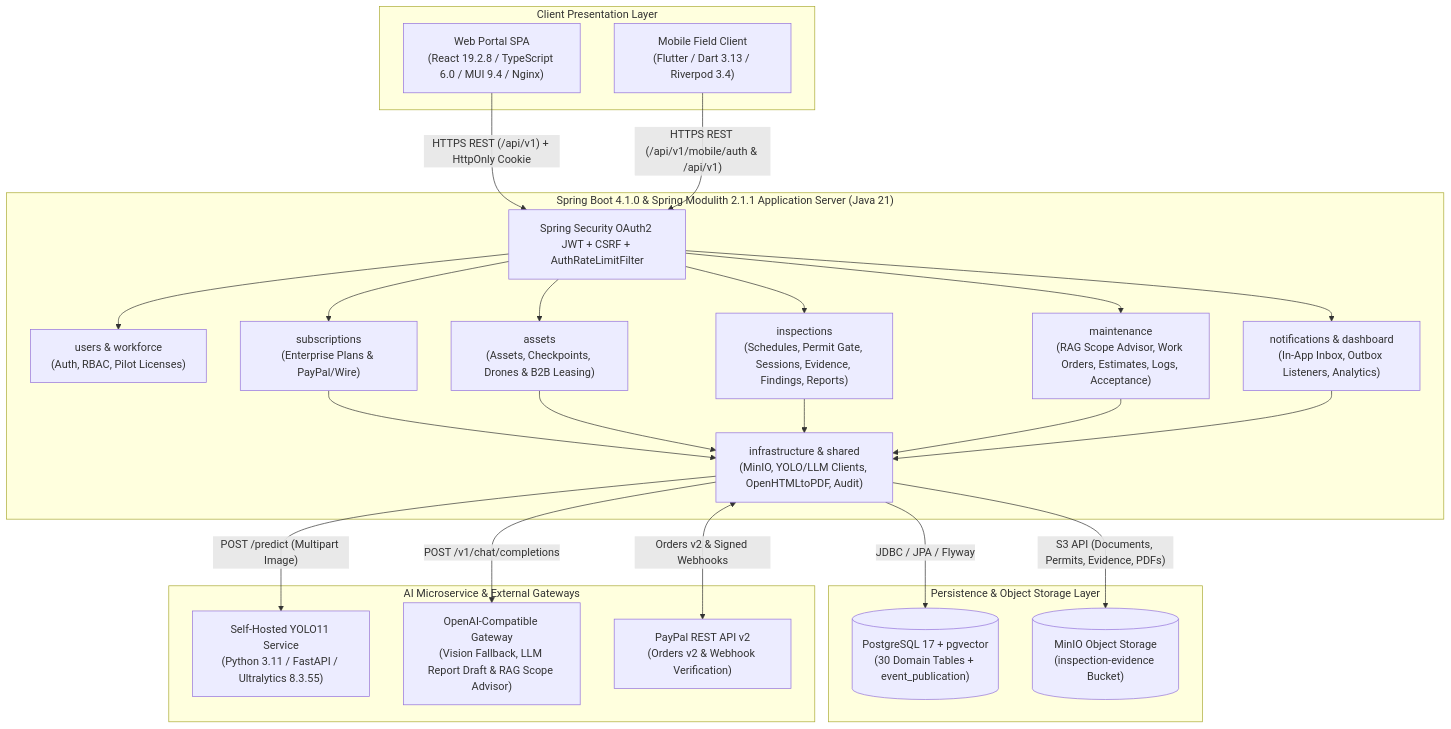
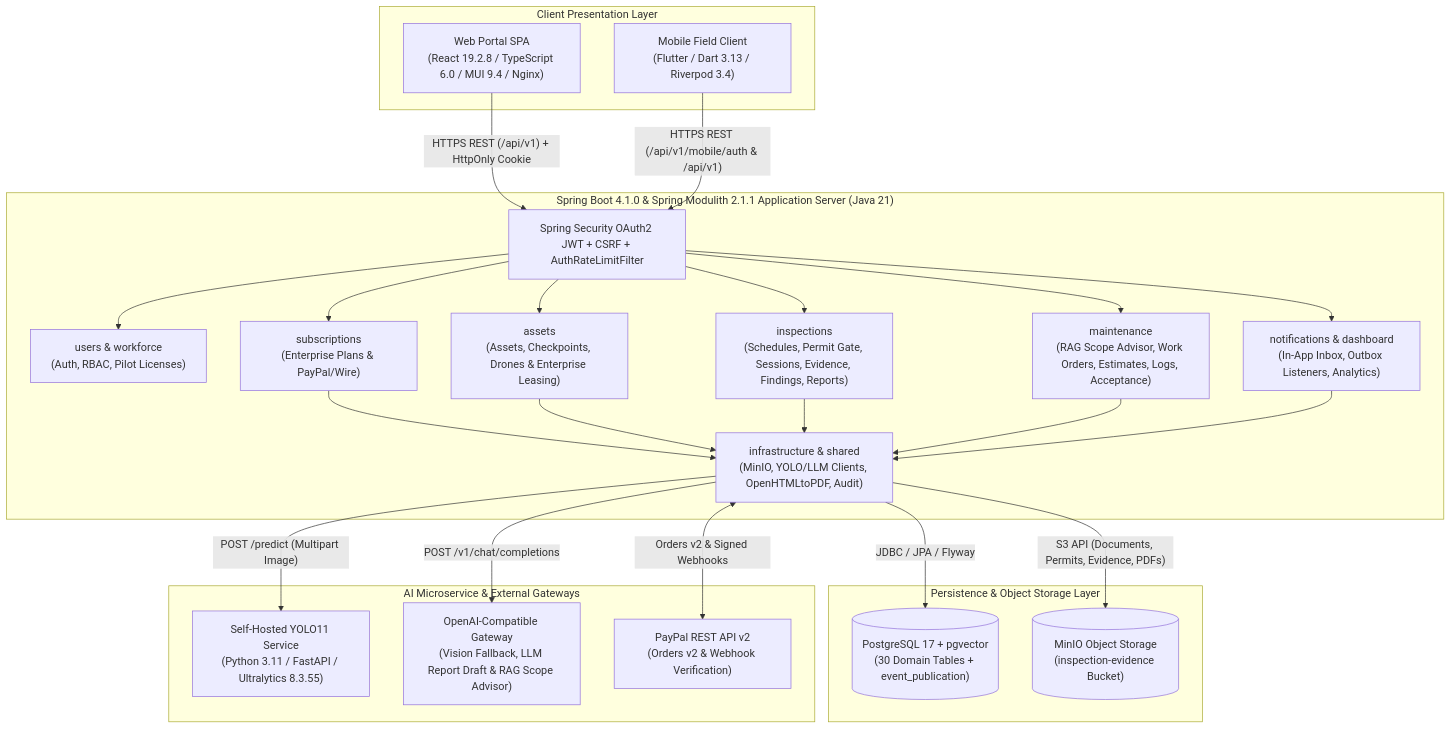
Before and after one commit to tungbach12/SmartDroneInspection-Docs: the first of 2 diagrams in reports/report-4-software-design-document/01-system-design.md, drawn with Mermaid. The commit also changed other lines of this file and 41 other files, not shown here.

````diff
--- a/reports/report-4-software-design-document/01-system-design.md
+++ b/reports/report-4-software-design-document/01-system-design.md
@@ -16,52 +16,52 @@
 ```mermaid
 %% title: System Architecture Diagram
 flowchart TD
   subgraph Clients["Client Presentation Layer"]
     CLIENT_WEB["Web Portal SPA\n(React 19.2.8 / TypeScript 6.0 / MUI 9.4 / Nginx)"]
     CLIENT_MOB["Mobile Field Client\n(Flutter / Dart 3.13 / Riverpod 3.4)"]
   end
 
   subgraph Backend["Spring Boot 4.1.0 & Spring Modulith 2.1.1 Application Server (Java 21)"]
     SEC_FILTER["Spring Security OAuth2 JWT + CSRF + AuthRateLimitFilter"]
     MOD_USERS["users & workforce\n(Auth, RBAC, Pilot Licenses)"]
     MOD_SUBS["subscriptions\n(Enterprise Plans & PayPal/Wire)"]
-    MOD_ASSETS["assets\n(Assets, Checkpoints, Drones & B2B Leasing)"]
+    MOD_ASSETS["assets\n(Assets, Checkpoints, Drones & Enterprise Leasing)"]
     MOD_INSP["inspections\n(Schedules, Permit Gate, Sessions, Evidence, Findings, Reports)"]
     MOD_MAINT["maintenance\n(RAG Scope Advisor, Work Orders, Estimates, Logs, Acceptance)"]
     MOD_NOTIF["notifications & dashboard\n(In-App Inbox, Outbox Listeners, Analytics)"]
     MOD_INFRA["infrastructure & shared\n(MinIO, YOLO/LLM Clients, OpenHTMLtoPDF, Audit)"]
   end
 
   subgraph DataAndStorage["Persistence & Object Storage Layer"]
     DB_PG[("PostgreSQL 17 + pgvector\n(30 Domain Tables + event_publication)")]
     STORE_MINIO[("MinIO Object Storage\n(inspection-evidence Bucket)")]
   end
 
   subgraph ExternalAndAI["AI Microservice & External Gateways"]
     AI_SERVICE["Self-Hosted YOLO11 Service\n(Python 3.11 / FastAPI / Ultralytics 8.3.55)"]
     LLM_GATEWAY["OpenAI-Compatible Gateway\n(Vision Fallback, LLM Report Draft & RAG Scope Advisor)"]
     PAYPAL["PayPal REST API v2\n(Orders v2 & Webhook Verification)"]
   end
 
   CLIENT_WEB -->|"HTTPS REST (/api/v1) + HttpOnly Cookie"| SEC_FILTER
   CLIENT_MOB -->|"HTTPS REST (/api/v1/mobile/auth & /api/v1)"| SEC_FILTER
 
   SEC_FILTER --> MOD_USERS
   SEC_FILTER --> MOD_SUBS
   SEC_FILTER --> MOD_ASSETS
   SEC_FILTER --> MOD_INSP
   SEC_FILTER --> MOD_MAINT
   SEC_FILTER --> MOD_NOTIF
 
   MOD_SUBS --> MOD_INFRA
   MOD_ASSETS --> MOD_INFRA
   MOD_INSP --> MOD_INFRA
   MOD_MAINT --> MOD_INFRA
   MOD_NOTIF --> MOD_INFRA
 
   MOD_INFRA -->|"JDBC / JPA / Flyway"| DB_PG
   MOD_INFRA -->|"S3 API (Documents, Permits, Evidence, PDFs)"| STORE_MINIO
   MOD_INFRA -->|"POST /predict (Multipart Image)"| AI_SERVICE
   MOD_INFRA -->|"POST /v1/chat/completions"| LLM_GATEWAY
   MOD_INFRA <-->|"Orders v2 & Signed Webhooks"| PAYPAL
 ```
````
